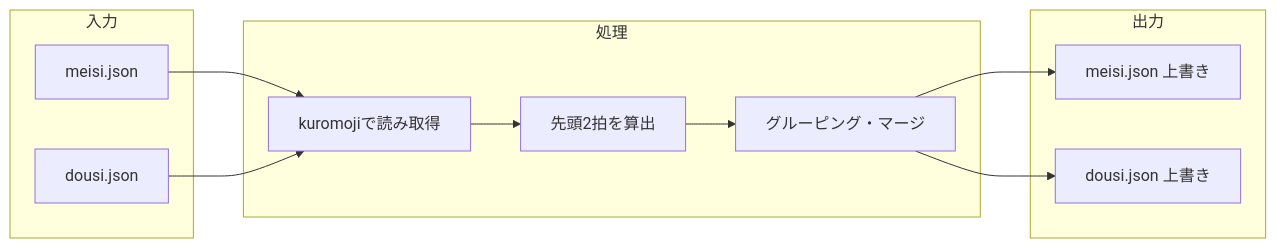
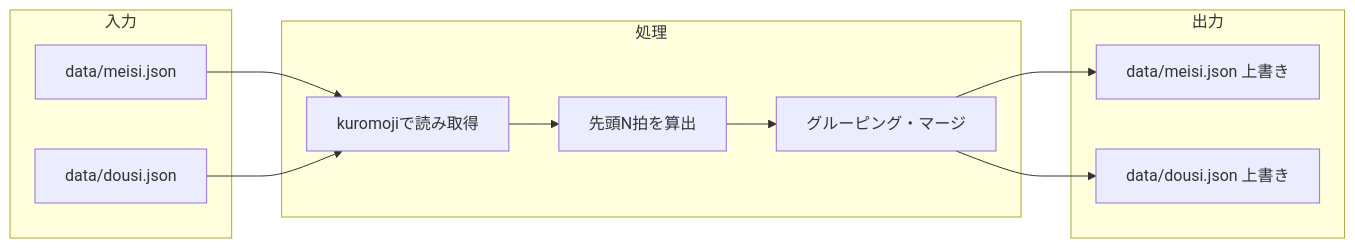
One commit to amanoese/yukichant changed the fifth of 11 diagrams in docs/dictionary-generation.md. Above: the diagram before and after it, drawn with Mermaid. The commit also changed other lines of this file and 9 other files, not shown here.

````diff
--- a/docs/dictionary-generation.md
+++ b/docs/dictionary-generation.md
@@ -231,25 +231,25 @@
 ```mermaid
 flowchart LR
     subgraph 入力
-        A[meisi.json]
-        B[dousi.json]
+        A[data/meisi.json]
+        B[data/dousi.json]
     end
 
     subgraph 処理
         C[kuromojiで読み取得]
-        D[先頭2拍を算出]
+        D[先頭N拍を算出]
         E[グルーピング・マージ]
     end
 
     subgraph 出力
-        F[meisi.json 上書き]
-        G[dousi.json 上書き]
+        F[data/meisi.json 上書き]
+        G[data/dousi.json 上書き]
     end
 
     A --> C
     B --> C
     C --> D
     D --> E
     E --> F
     E --> G
 ```
````
